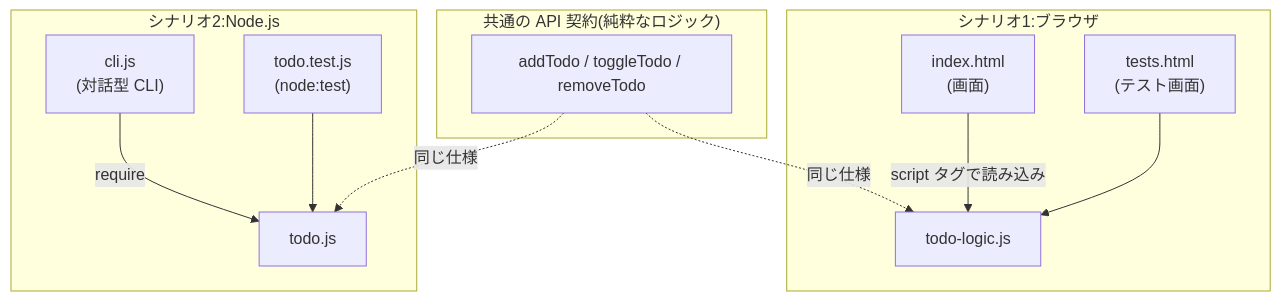
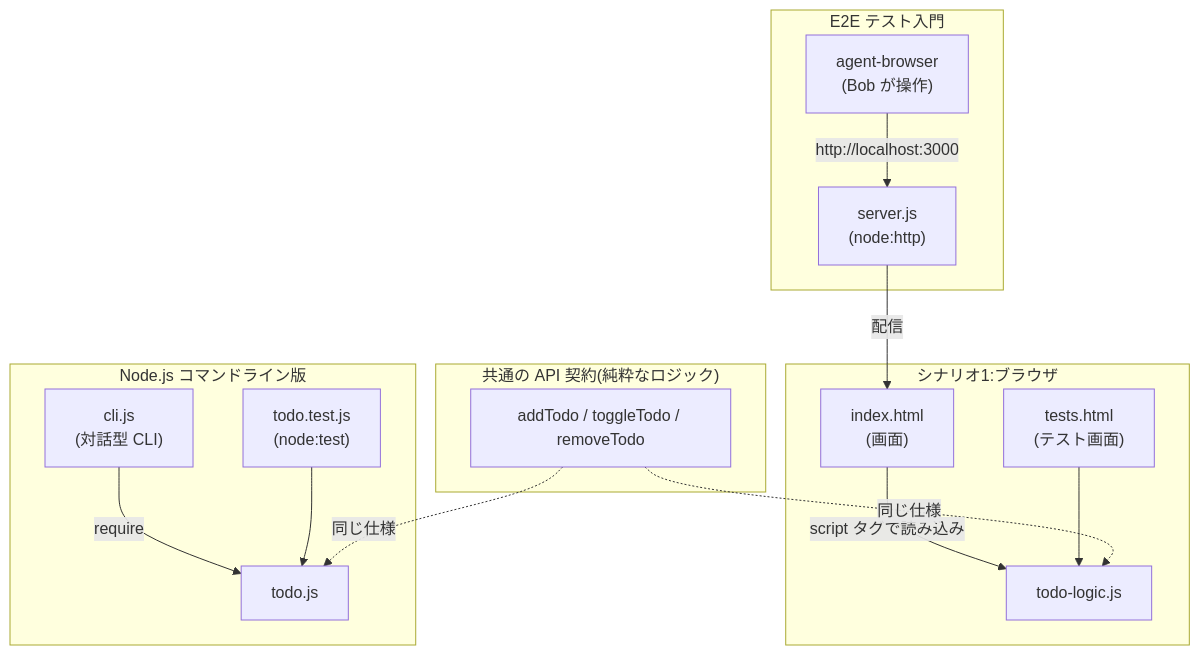
The third of 8 diagrams in ibm-bob/bob-a-thon/javascript/devtest101/README.md (IBM/japan-technology), drawn with Mermaid before and after one commit. The commit also changed other lines of this file, not shown here.

````diff
--- a/ibm-bob/bob-a-thon/javascript/devtest101/README.md
+++ b/ibm-bob/bob-a-thon/javascript/devtest101/README.md
@@ -70,16 +78,20 @@
 ```mermaid
 flowchart TB
     subgraph L["共通の API 契約(純粋なロジック)"]
         F["addTodo / toggleTodo / removeTodo"]
     end
     subgraph S1["シナリオ1:ブラウザ"]
         H["index.html<br/>(画面)"] -->|"script タグで読み込み"| F1["todo-logic.js"]
         T1["tests.html<br/>(テスト画面)"] --> F1
     end
-    subgraph S2["シナリオ2:Node.js"]
+    subgraph S2["Node.js コマンドライン版"]
         C["cli.js<br/>(対話型 CLI)"] -->|"require"| F2["todo.js"]
         T2["todo.test.js<br/>(node:test)"] --> F2
+    end
+    subgraph S3["E2E テスト入門"]
+        SV["server.js<br/>(node:http)"] -->|"配信"| H
+        AB["agent-browser<br/>(Bob が操作)"] -->|"http://localhost:3000"| SV
     end
     F -.同じ仕様.-> F1
     F -.同じ仕様.-> F2
 ```
````
